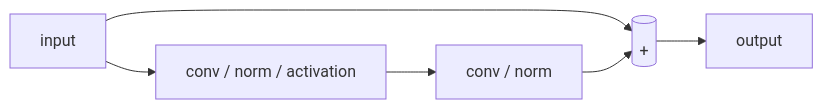
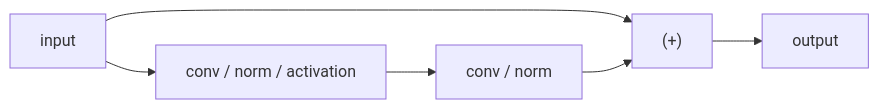
Before and after one commit to b-io/vlm-inference-lab: the first of 2 diagrams in docs/architectures/vision_models.md, drawn with Mermaid. The commit also changed other lines of this file and 17 other files, not shown here.

First line of the commit message:
docs: fix Mermaid diagram syntax and update VLM/Optimization notes

````diff
--- a/docs/architectures/vision_models.md
+++ b/docs/architectures/vision_models.md
@@ -64,8 +64,8 @@
 ```mermaid
 flowchart LR
-    X[input] --> C1[conv / norm / activation]
-    C1 --> C2[conv / norm]
-    X --> ADD[(+)]
+    X["input"] --> C1["conv / norm / activation"]
+    C1 --> C2["conv / norm"]
+    X --> ADD["(+)"]
     C2 --> ADD
-    ADD --> Y[output]
+    ADD --> Y["output"]
 ```
````
